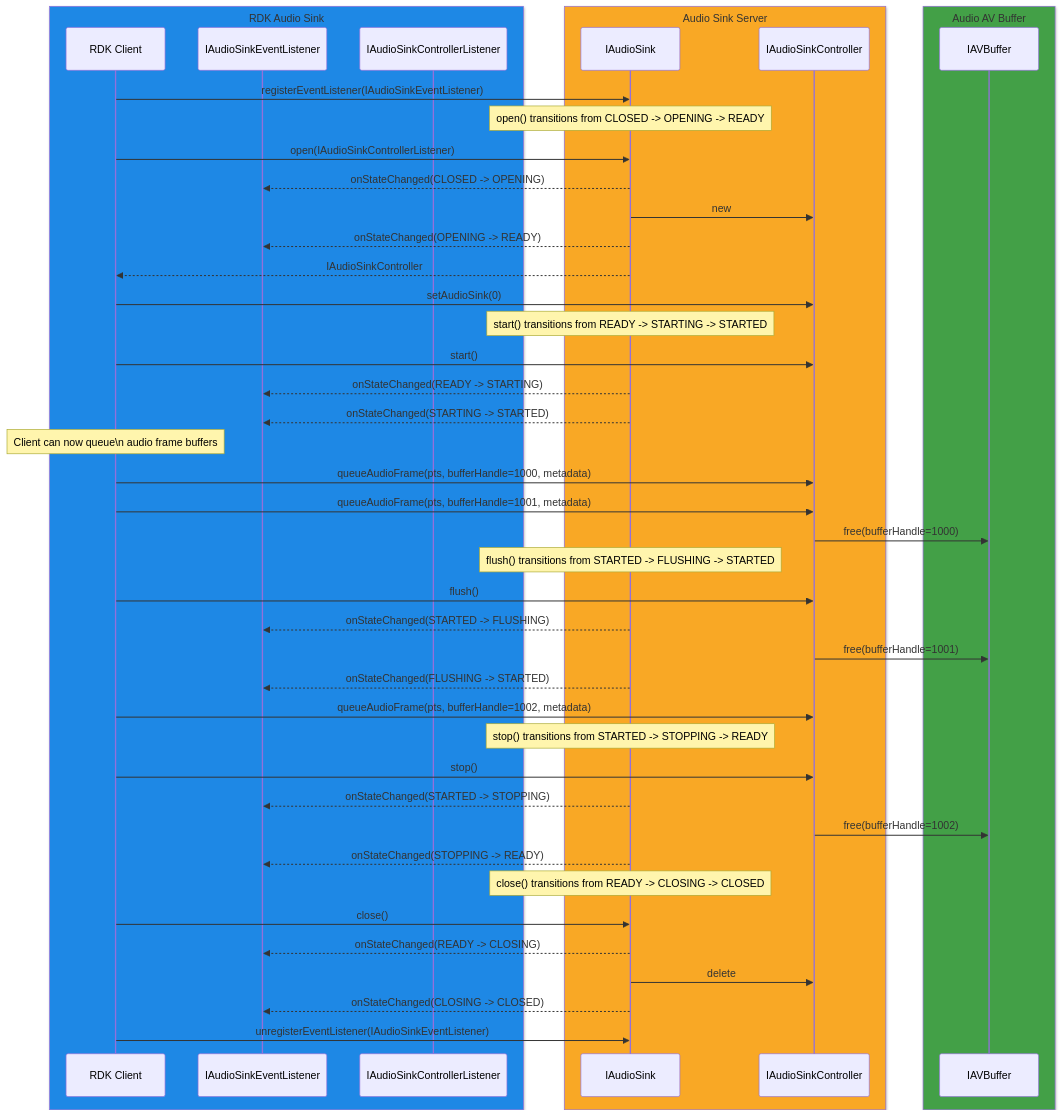
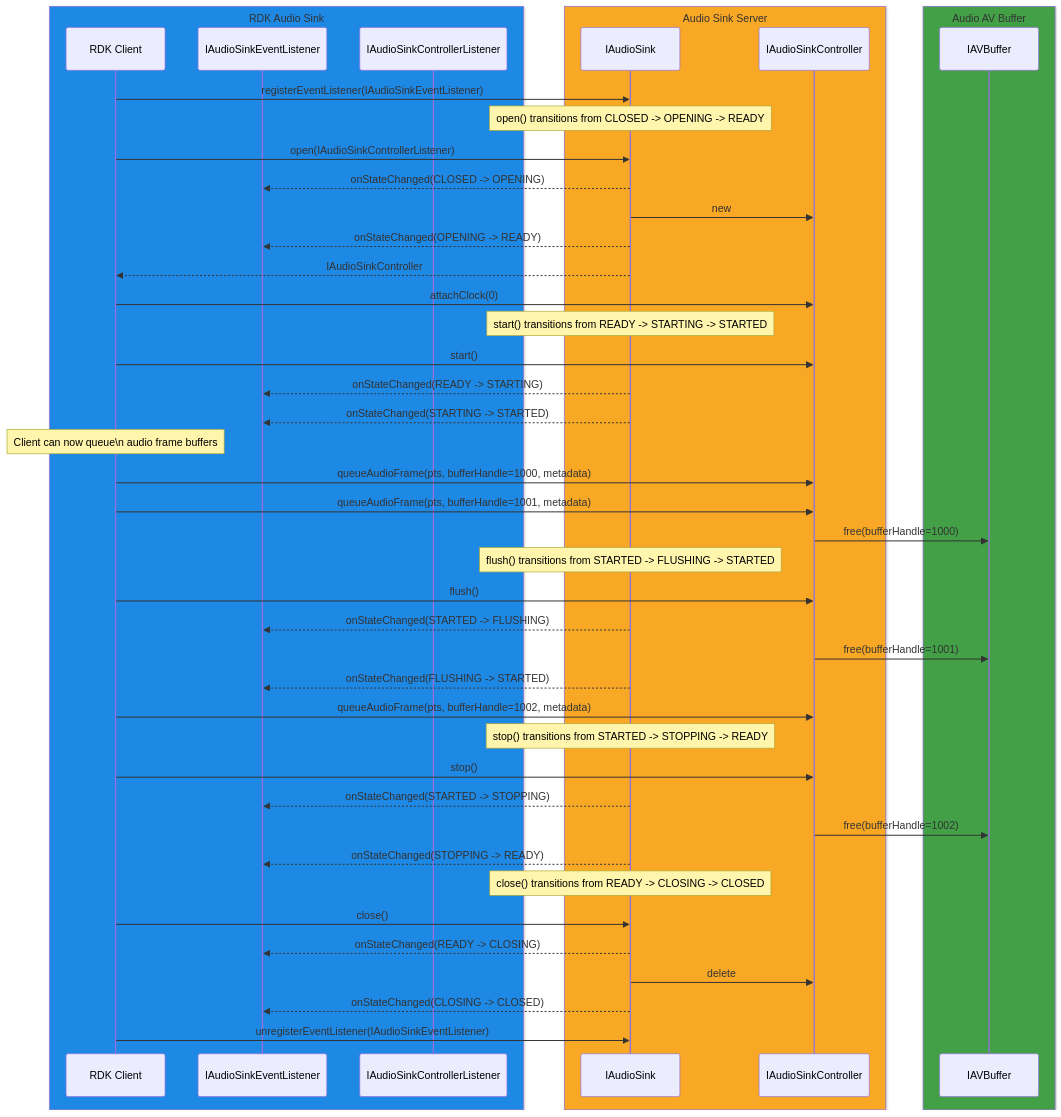
The third of 3 diagrams in docs/halif/audio_sink/current/audio_sink.md (rdkcentral/rdk-halif-aidl), drawn with Mermaid before and after one commit. The commit also changed 3 other files, not shown here.

````diff
--- a/docs/halif/audio_sink/current/audio_sink.md
+++ b/docs/halif/audio_sink/current/audio_sink.md
@@ -246,63 +246,63 @@
 ```mermaid
 sequenceDiagram
     box rgb(30,136,229) RDK Audio Sink
         participant Client as RDK Client
         participant IAudioSinkEventListener
         participant IAudioSinkControllerListener
     end
     box rgb(249,168,37) Audio Sink Server
         participant ADC as IAudioSink
         participant Controller as IAudioSinkController
     end
     box rgb(67,160,71) Audio AV Buffer
         participant IAVBuffer as IAVBuffer
     end
 
     Client->>ADC: registerEventListener(IAudioSinkEventListener)
 
     Note over ADC: open() transitions from CLOSED -> OPENING -> READY
 
     Client->>ADC: open(IAudioSinkControllerListener)
     ADC-->>IAudioSinkEventListener: onStateChanged(CLOSED -> OPENING)
     ADC->>Controller: new
     ADC-->>IAudioSinkEventListener: onStateChanged(OPENING -> READY)
     ADC-->>Client: IAudioSinkController
-    Client->>Controller: setAudioSink(0)
+    Client->>Controller: attachClock(0)
 
     Note over ADC: start() transitions from READY -> STARTING -> STARTED
 
     Client->>Controller: start()
     ADC-->>IAudioSinkEventListener: onStateChanged(READY -> STARTING)
     ADC-->>IAudioSinkEventListener: onStateChanged(STARTING -> STARTED)
 
     Note over Client: Client can now queue\n audio frame buffers
 
     Client->>Controller: queueAudioFrame(pts, bufferHandle=1000, metadata)
     Client->>Controller: queueAudioFrame(pts, bufferHandle=1001, metadata)
     Controller->>IAVBuffer: free(bufferHandle=1000)
 
     Note over ADC: flush() transitions from STARTED -> FLUSHING -> STARTED
 
     Client->>Controller: flush()
     ADC-->>IAudioSinkEventListener: onStateChanged(STARTED -> FLUSHING)
     Controller->>IAVBuffer: free(bufferHandle=1001)
     ADC-->>IAudioSinkEventListener: onStateChanged(FLUSHING -> STARTED)
 
     Client->>Controller: queueAudioFrame(pts, bufferHandle=1002, metadata)
 
     Note over ADC: stop() transitions from STARTED -> STOPPING -> READY
 
     Client->>Controller: stop()
     ADC-->>IAudioSinkEventListener: onStateChanged(STARTED -> STOPPING)
     Controller->>IAVBuffer: free(bufferHandle=1002)
     ADC-->>IAudioSinkEventListener: onStateChanged(STOPPING -> READY)
 
     Note over ADC: close() transitions from READY -> CLOSING -> CLOSED
 
     Client->>ADC: close()
     ADC-->>IAudioSinkEventListener: onStateChanged(READY -> CLOSING)
     ADC->>Controller: delete
     ADC-->>IAudioSinkEventListener: onStateChanged(CLOSING -> CLOSED)
 
     Client->>ADC: unregisterEventListener(IAudioSinkEventListener)
 ```
````
